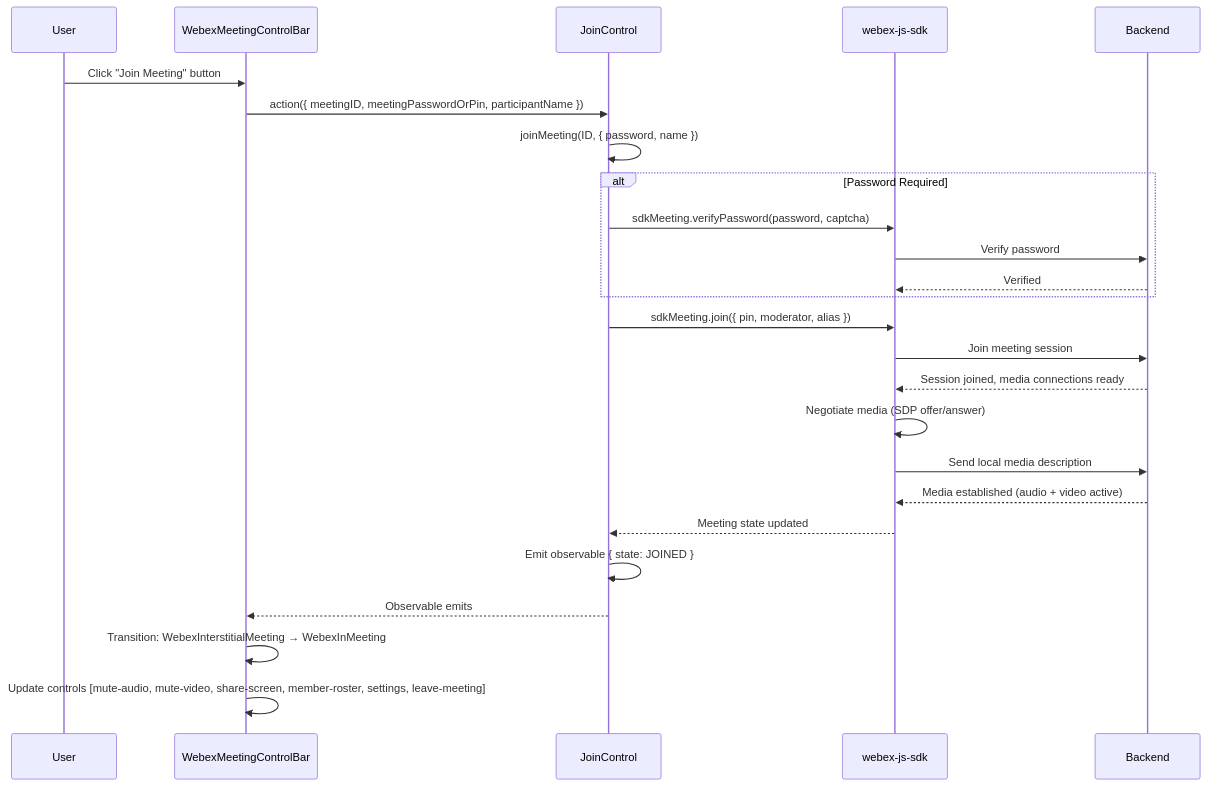
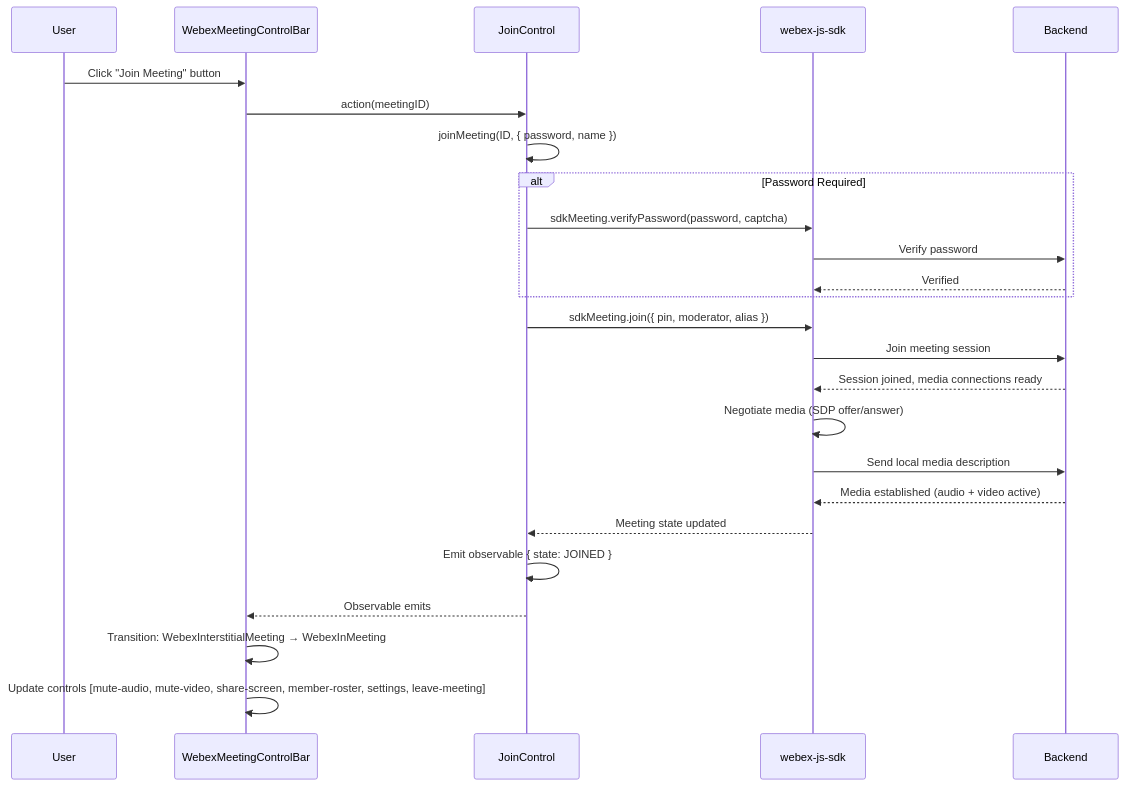
One commit to webex/widgets changed the fourth of 13 diagrams in packages/@webex/widgets/ai-docs/ARCHITECTURE.md. Above: the diagram before and after it, drawn with Mermaid. The commit also changed other lines of this file and 1 other file, not shown here.

````diff
--- a/packages/@webex/widgets/ai-docs/ARCHITECTURE.md
+++ b/packages/@webex/widgets/ai-docs/ARCHITECTURE.md
@@ -252,33 +281,33 @@
 ```mermaid
 sequenceDiagram
     participant User
     participant Component as WebexMeetingControlBar
     participant Adapter as JoinControl
     participant SDK as webex-js-sdk
     participant Backend
 
     User->>Component: Click "Join Meeting" button
-    Component->>Adapter: action({ meetingID, meetingPasswordOrPin, participantName })
+    Component->>Adapter: action(meetingID)
     Adapter->>Adapter: joinMeeting(ID, { password, name })
 
     alt Password Required
         Adapter->>SDK: sdkMeeting.verifyPassword(password, captcha)
         SDK->>Backend: Verify password
         Backend-->>SDK: Verified
     end
 
     Adapter->>SDK: sdkMeeting.join({ pin, moderator, alias })
     SDK->>Backend: Join meeting session
     Backend-->>SDK: Session joined, media connections ready
 
     SDK->>SDK: Negotiate media (SDP offer/answer)
     SDK->>Backend: Send local media description
     Backend-->>SDK: Media established (audio + video active)
 
     SDK-->>Adapter: Meeting state updated
     Adapter->>Adapter: Emit observable { state: JOINED }
     Adapter-->>Component: Observable emits
 
     Component->>Component: Transition: WebexInterstitialMeeting → WebexInMeeting
     Component->>Component: Update controls [mute-audio, mute-video, share-screen, member-roster, settings, leave-meeting]
 ```
````
